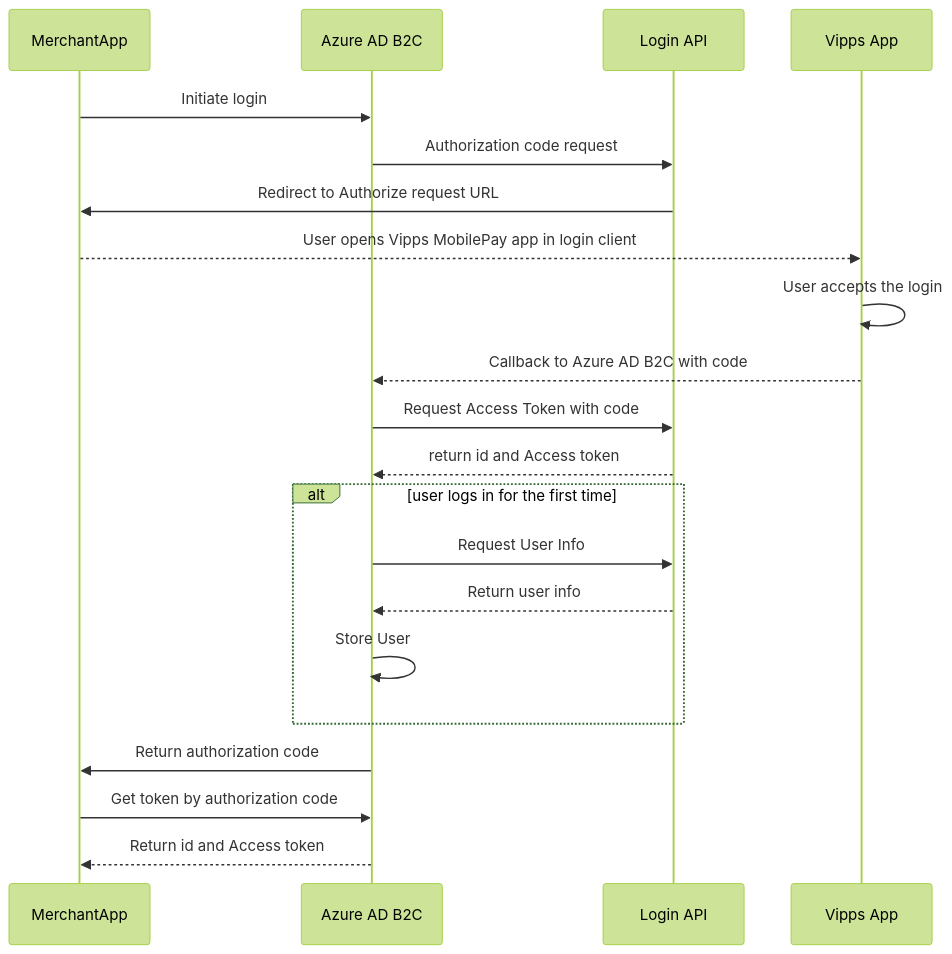
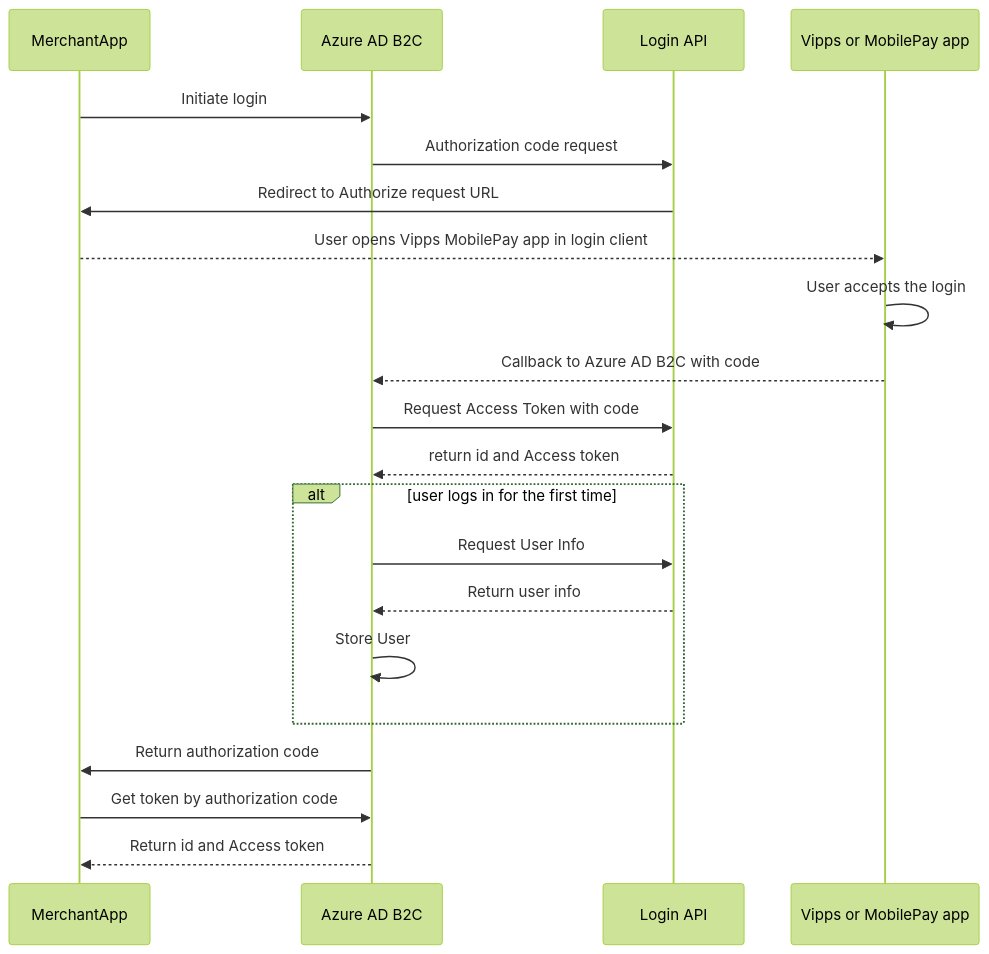
The diagram in api-guide/auth-solutions/azure-b2c/CustomPolicyLogin.md (vippsas/vipps-login-api), drawn with Mermaid (forest theme) before and after one commit. The commit also changed 16 other files, not shown here.

First line of the commit message:
Change from "Vipps app" to "Vipps or MobilePay app" (#267)

````diff
--- a/api-guide/auth-solutions/azure-b2c/CustomPolicyLogin.md
+++ b/api-guide/auth-solutions/azure-b2c/CustomPolicyLogin.md
@@ -90,36 +90,36 @@
 ```mermaid
 
 sequenceDiagram
     participant MerchantApp
     participant Azure AD B2C
     participant Login API
-    participant Vipps App
+    participant Vipps or MobilePay app
 
     MerchantApp->>Azure AD B2C: Initiate login
 
     Azure AD B2C->>Login API: Authorization code request
 
     Login API->>MerchantApp: Redirect to Authorize request URL
 
-    MerchantApp-->>Vipps App: User opens Vipps MobilePay app in login client
+    MerchantApp-->>Vipps or MobilePay app: User opens Vipps MobilePay app in login client
 
-    Vipps App->>Vipps App: User accepts the login
+    Vipps or MobilePay app->>Vipps or MobilePay app: User accepts the login
 
-    Vipps App-->>Azure AD B2C: Callback to Azure AD B2C with code
+    Vipps or MobilePay app-->>Azure AD B2C: Callback to Azure AD B2C with code
 
     Azure AD B2C->>Login API: Request Access Token with code
 
     Login API-->>Azure AD B2C: return id and Access token
 
     alt user logs in for the first time
         Azure AD B2C->>Login API: Request User Info
         Login API-->>Azure AD B2C: Return user info
         Azure AD B2C->>Azure AD B2C: Store User
     end
 
     Azure AD B2C->>MerchantApp: Return authorization code
 
     MerchantApp->>Azure AD B2C: Get token by authorization code
 
     Azure AD B2C-->>MerchantApp: Return id and Access token
 ```
````
